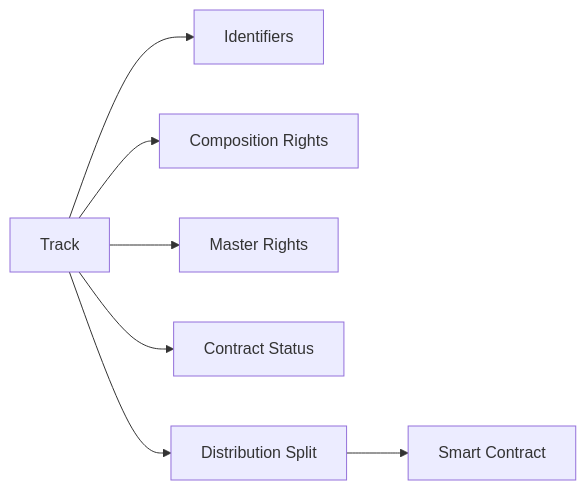
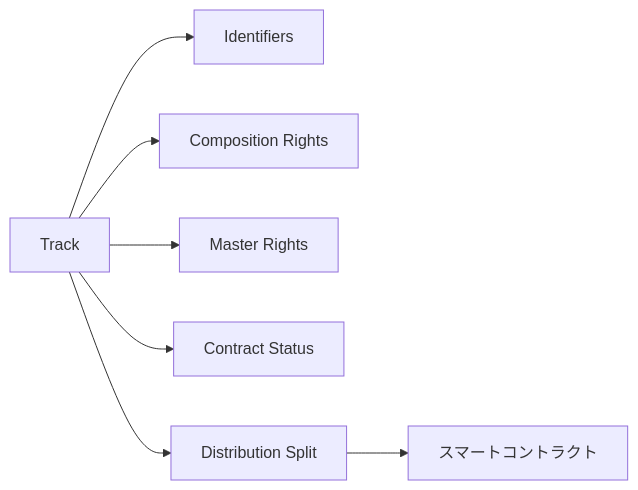
Before and after one commit to ShigeichiroYamasaki/creator-first-platform: the fourth of 17 diagrams in docs/whitepaper/03-rights-and-money.md, drawn with Mermaid. The commit also changed other lines of this file and 67 other files, not shown here.

````diff
--- a/docs/whitepaper/03-rights-and-money.md
+++ b/docs/whitepaper/03-rights-and-money.md
@@ -113,9 +113,9 @@
 ```mermaid
 flowchart LR
     TRACK[Track] --> ID[Identifiers]
     TRACK --> COMP[Composition Rights]
     TRACK --> MASTER[Master Rights]
     TRACK --> CONTRACT[Contract Status]
     TRACK --> SPLIT[Distribution Split]
-    SPLIT --> SC[Smart Contract]
+    SPLIT --> SC[スマートコントラクト]
 ```
````
